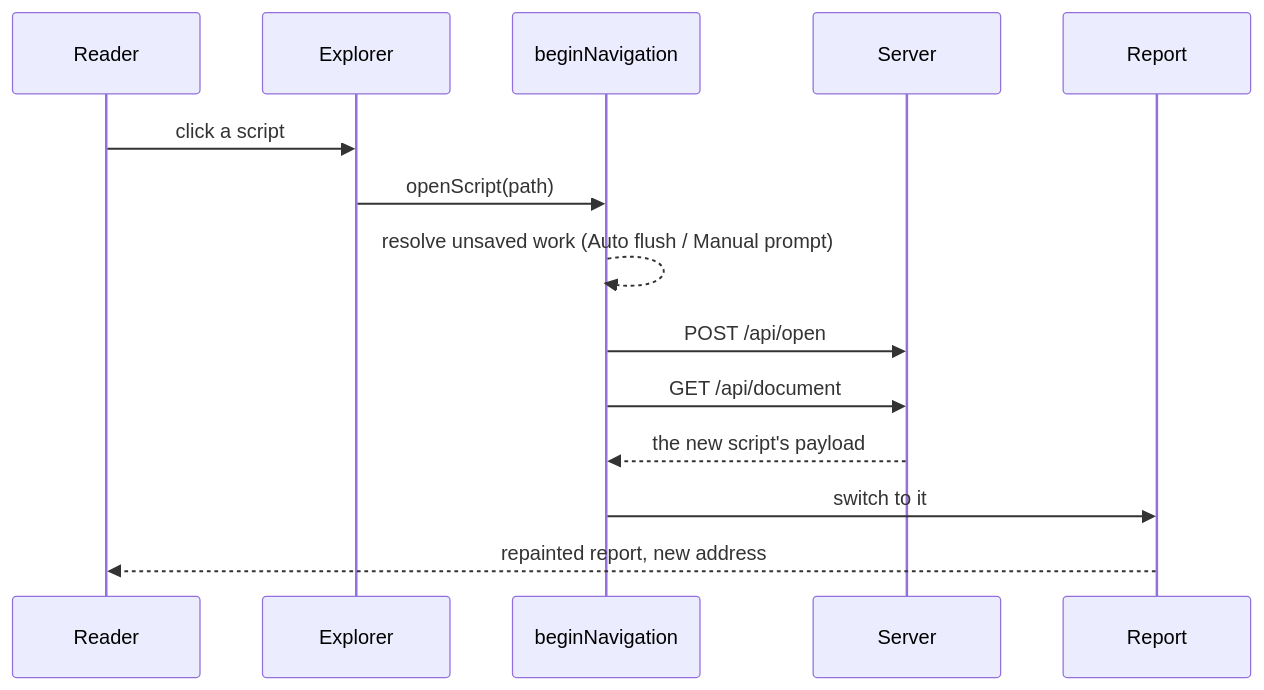
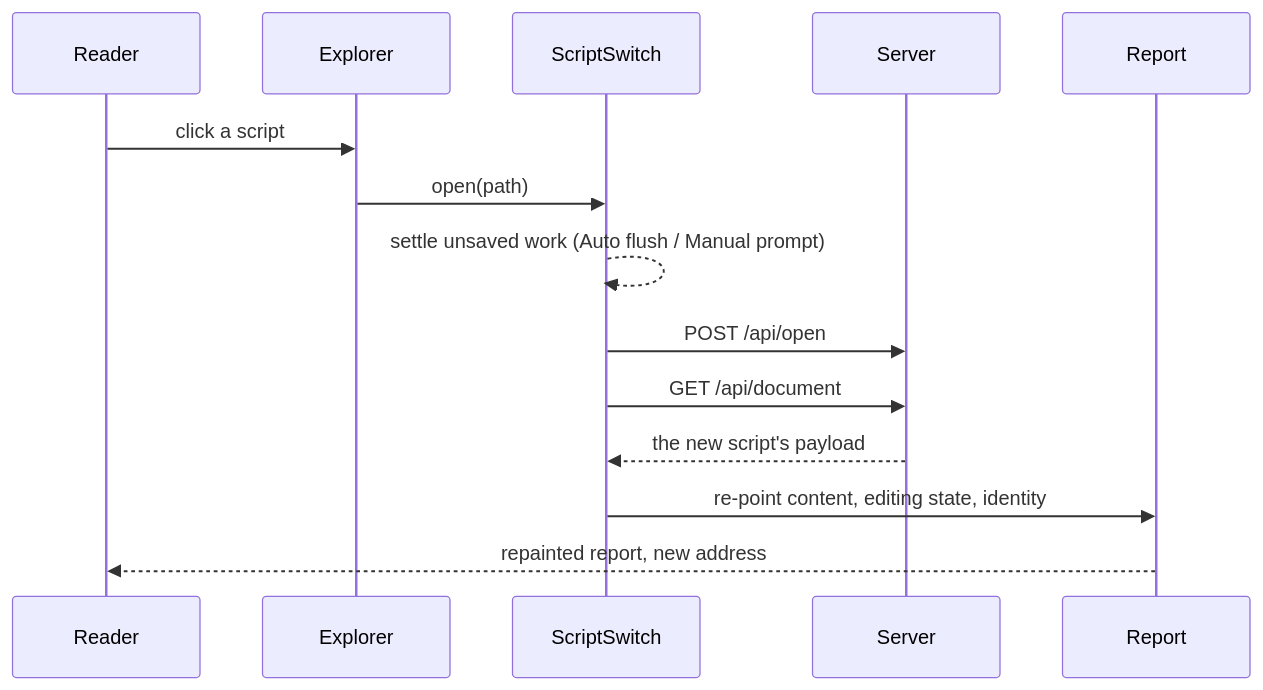
One commit to pengzhengyi/dialoguedown changed the diagram in docs/contributing/design-notes/Opening a Script Without Reloading the Page.md. Above: the diagram before and after it, drawn with Mermaid. The commit also changed other lines of this file and 2 other files, not shown here.

First line of the commit message:
docs(visualization): record what shipped for in-place script open

````diff
--- a/docs/contributing/design-notes/Opening a Script Without Reloading the Page.md
+++ b/docs/contributing/design-notes/Opening a Script Without Reloading the Page.md
@@ -110,17 +107,17 @@
 ```mermaid
 sequenceDiagram
     participant R as Reader
     participant E as Explorer
-    participant N as beginNavigation
-    participant S as Server
+    participant S as ScriptSwitch
+    participant V as Server
     participant A as Report
 
     R->>E: click a script
-    E->>N: openScript(path)
-    N-->>N: resolve unsaved work (Auto flush / Manual prompt)
-    N->>S: POST /api/open
-    N->>S: GET /api/document
-    S-->>N: the new script's payload
-    N->>A: switch to it
+    E->>S: open(path)
+    S-->>S: settle unsaved work (Auto flush / Manual prompt)
+    S->>V: POST /api/open
+    S->>V: GET /api/document
+    V-->>S: the new script's payload
+    S->>A: re-point content, editing state, identity
     A-->>R: repainted report, new address
 ```
````
